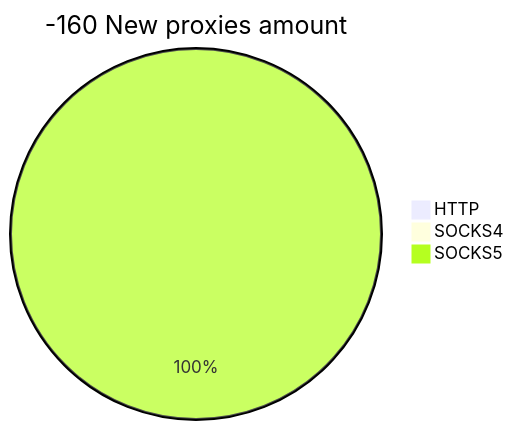
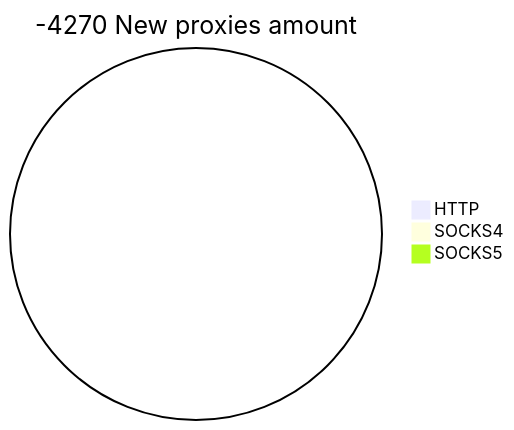
One commit to cutipu/proxylist changed the second of 2 diagrams in README.md. Above: the diagram before and after it, drawn with Mermaid. The commit also changed other lines of this file, not shown here.

````diff
--- a/README.md
+++ b/README.md
@@ -10,6 +10,6 @@
 ```mermaid
-pie title -160 New proxies amount
+pie title -4270 New proxies amount
     "HTTP" : 0
     "SOCKS4" : 0
-    "SOCKS5" : 23
+    "SOCKS5" : 0
 ```
````
